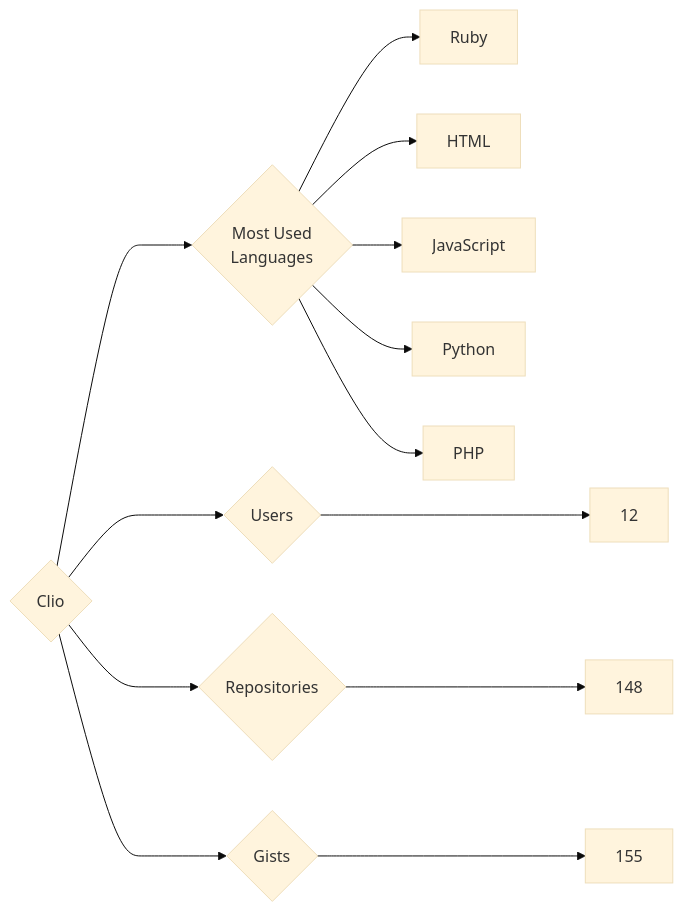
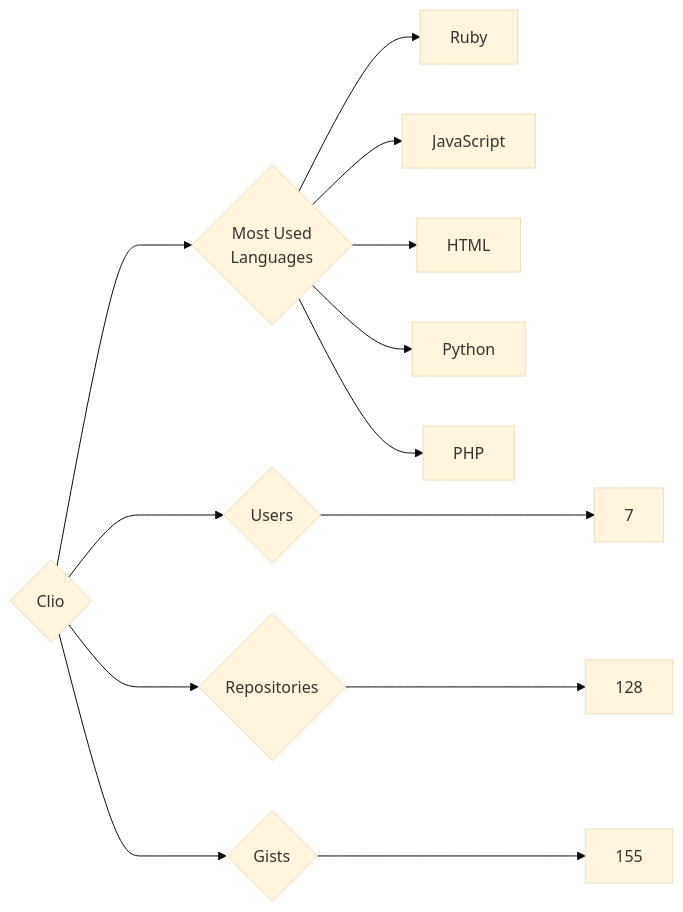
The diagram in targets/Clio/README.md (trickest/insiders), drawn with Mermaid (base theme) before and after one commit. The commit also changed 720 other files, not shown here.

````diff
--- a/targets/Clio/README.md
+++ b/targets/Clio/README.md
@@ -3,13 +3,13 @@
 ```mermaid
 graph LR
 COMPANY_NAME{Clio}
-COMPANY_NAME ---> U{Users} ---> UN[12]
-COMPANY_NAME ---> R{Repositories} ---> RN[148]
+COMPANY_NAME ---> U{Users} ---> UN[7]
+COMPANY_NAME ---> R{Repositories} ---> RN[128]
 COMPANY_NAME ---> G{Gists} ---> GN[155]
 COMPANY_NAME ---> ML{Most Used<br>Languages}
 ML --> Ruby[Ruby]
+ML --> JavaScript[JavaScript]
 ML --> HTML[HTML]
-ML --> JavaScript[JavaScript]
 ML --> Python[Python]
 ML --> PHP[PHP]
 ```
````
